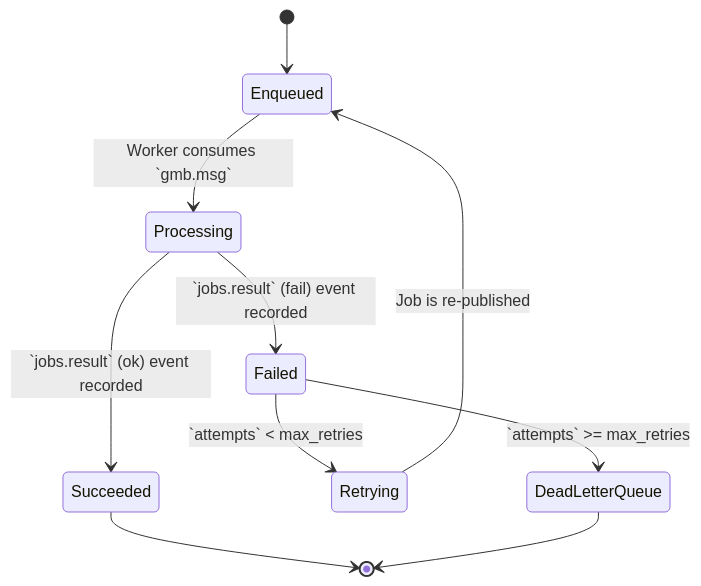
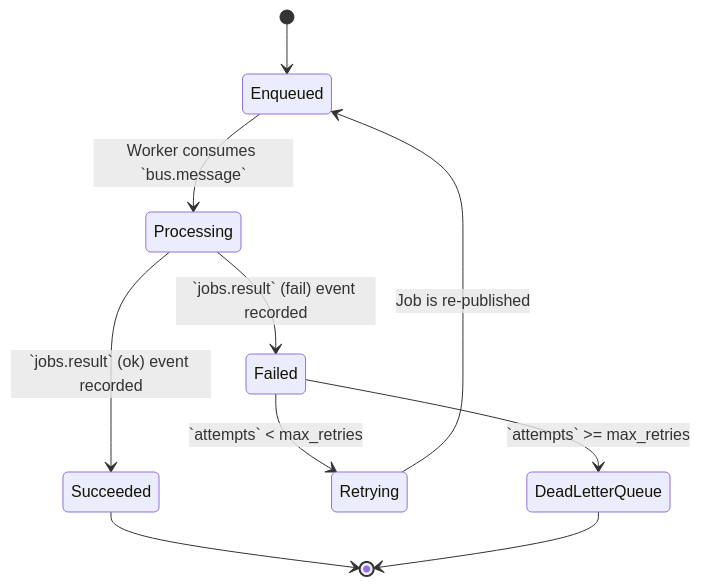
The diagram in docs/diagrams/state_management.md (flyingrobots/gatos), drawn with Mermaid before and after one commit. The commit also changed other lines of this file and 14 other files, not shown here.

Commit message:
meta/docs/daemon/docs: feature docs + glob rationale; mind README acronym; daemon deps + async scaffold; ADR cleanup; diagrams: error schema + naming; SPEC hyphenation; TECH-SPEC tuning guidance; FFI safety + no panics; git backend cleanups

````diff
--- a/docs/diagrams/state_management.md
+++ b/docs/diagrams/state_management.md
@@ -5,15 +5,15 @@
 ```mermaid
 stateDiagram-v2
     [*] --> Enqueued
 
-    Enqueued --> Processing: Worker consumes `gmb.msg`
+    Enqueued --> Processing: Worker consumes `bus.message`
     Processing --> Succeeded: `jobs.result` (ok) event recorded
     Processing --> Failed: `jobs.result` (fail) event recorded
 
     Succeeded --> [*]
     Failed --> Retrying: `attempts` < max_retries
     Failed --> DeadLetterQueue: `attempts` >= max_retries
 
     Retrying --> Enqueued: Job is re-published
     DeadLetterQueue --> [*]
 ```
````
